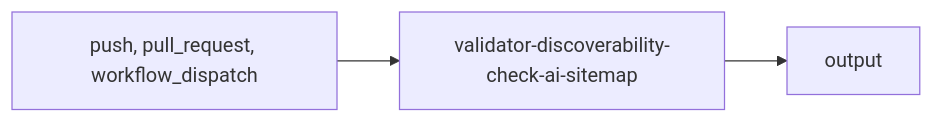
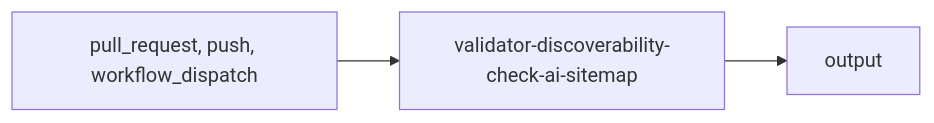
One commit to its-DeFine/docs changed the diagram in .github/workspace/actions-library/validators/discoverability/validator-discoverability-check-ai-sitemap.mdx. Above: the diagram before and after it, drawn with Mermaid. The commit also changed other lines of this file and 57 other files, not shown here.

````diff
--- a/.github/workspace/actions-library/validators/discoverability/validator-discoverability-check-ai-sitemap.mdx
+++ b/.github/workspace/actions-library/validators/discoverability/validator-discoverability-check-ai-sitemap.mdx
@@ -43,5 +43,5 @@
 ```mermaid
 graph LR
-    TRIGGER["push, pull_request, workflow_dispatch"] --> WF["validator-discoverability-check-ai-sitemap"]
+    TRIGGER["pull_request, push, workflow_dispatch"] --> WF["validator-discoverability-check-ai-sitemap"]
     WF --> OUTPUT["output"]
 ```
````
